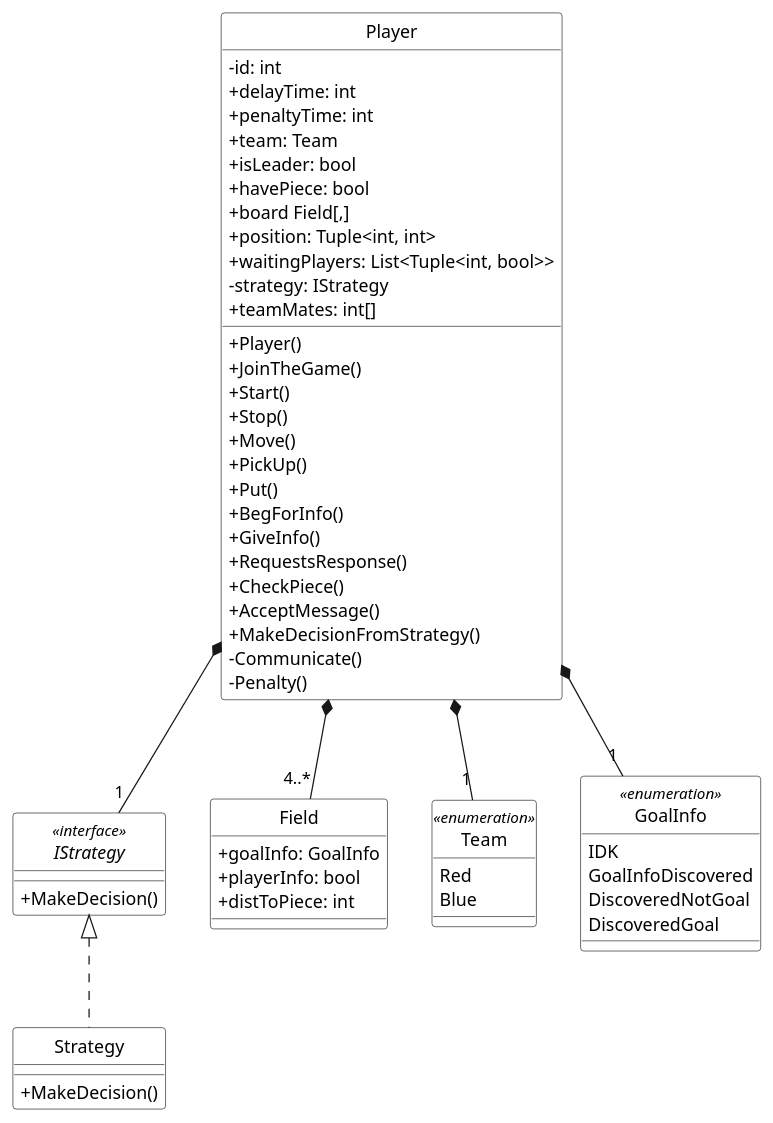
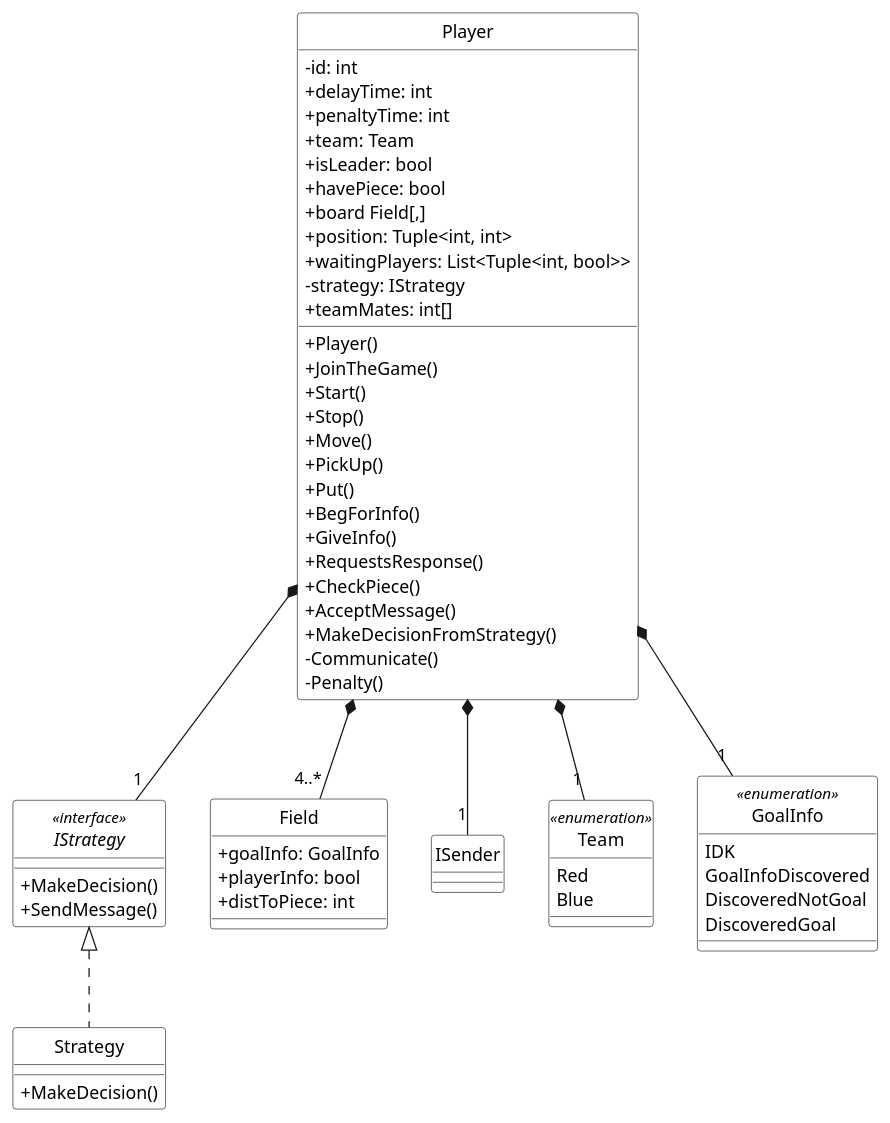
One commit to MINI-IO/IO-project-game changed the diagram in UML/ClassDiagram/Player.puml. Above: the diagram before and after it, drawn with PlantUML. The commit also changed 9 other files, not shown here.

```diff
--- a/UML/ClassDiagram/Player.puml
+++ b/UML/ClassDiagram/Player.puml
@@ -1,72 +1,78 @@
 @startuml
 skinparam shadowing false
 skinparam monochrome true
 skinparam classAttributeIconSize 0
 hide circles
 
 skinparam class {
 BackgroundColor white
 }
 
 IStrategy <|.. Strategy
 Player *-- "4..*" Field
 Player *-- "1" IStrategy
+Player *-- "1" ISender
 Player *-- "1" Team
 Player *-- "1" GoalInfo
 
 class Player {
 - id: int
 + delayTime: int
 + penaltyTime: int
 + team: Team
 + isLeader: bool
 + havePiece: bool
 + board Field[,]
 + position: Tuple<int, int>
 + waitingPlayers: List<Tuple<int, bool>>
 - strategy: IStrategy
 + teamMates: int[]
 
 + Player()
 + JoinTheGame()
 + Start()
 + Stop()
 + Move()
 + PickUp()
 + Put()
 + BegForInfo()
 + GiveInfo()
 + RequestsResponse()
 + CheckPiece()
 + AcceptMessage()
 + MakeDecisionFromStrategy()
 - Communicate()
 - Penalty()
 }
 
 class Field{
 + goalInfo: GoalInfo
 + playerInfo: bool
 + distToPiece: int
 }
 
 interface IStrategy <<interface>> {
 + MakeDecision()
 }
 
+interface IStrategy <<interface>> {
++ SendMessage()
+}
+
+
 class Strategy {
 + MakeDecision()
 }
 
 enum Team <<enumeration>> {
 Red
 Blue
 }
 
 enum GoalInfo <<enumeration>> {
 IDK
 GoalInfoDiscovered
 DiscoveredNotGoal
 DiscoveredGoal
 }
 @enduml
```
